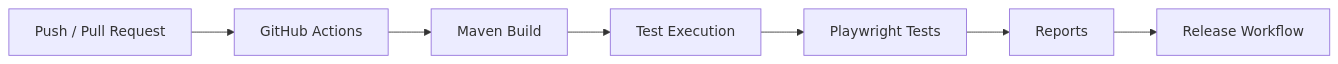
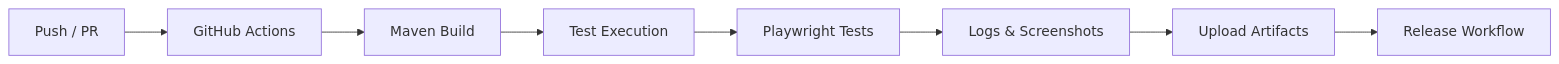
The fourth of 4 diagrams in README.md (opencode-qa/hybrid-framework), drawn with Mermaid before and after one commit. The commit also changed other lines of this file and 22 other files, not shown here.

````diff
--- a/README.md
+++ b/README.md
@@ -217,16 +170,10 @@
 ```mermaid
 graph LR
-
-    A[Push / Pull Request]
-        --> B[GitHub Actions]
-
+    A[Push / PR] --> B[GitHub Actions]
     B --> C[Maven Build]
-
     C --> D[Test Execution]
-
     D --> E[Playwright Tests]
-
-    E --> F[Reports]
-
-    F --> G[Release Workflow]
+    E --> F[Logs & Screenshots]
+    F --> G[Upload Artifacts]
+    G --> H[Release Workflow]
 ```
````
